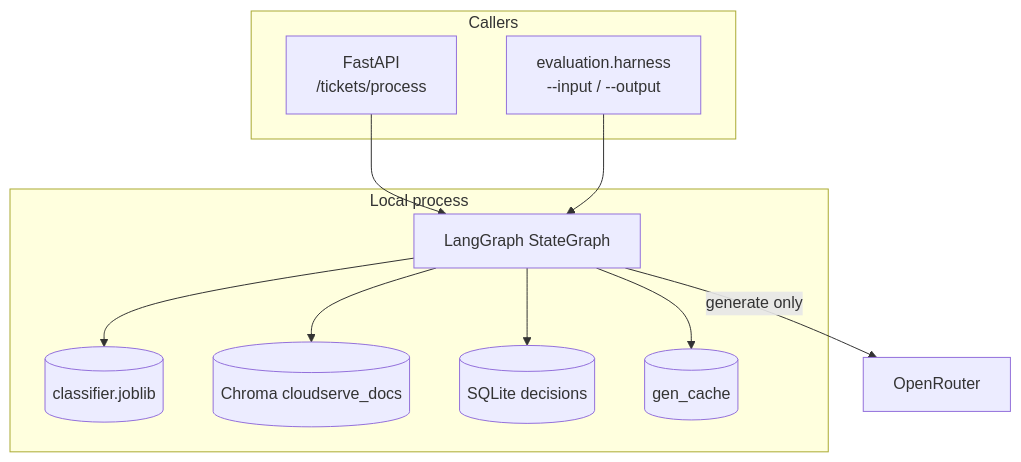
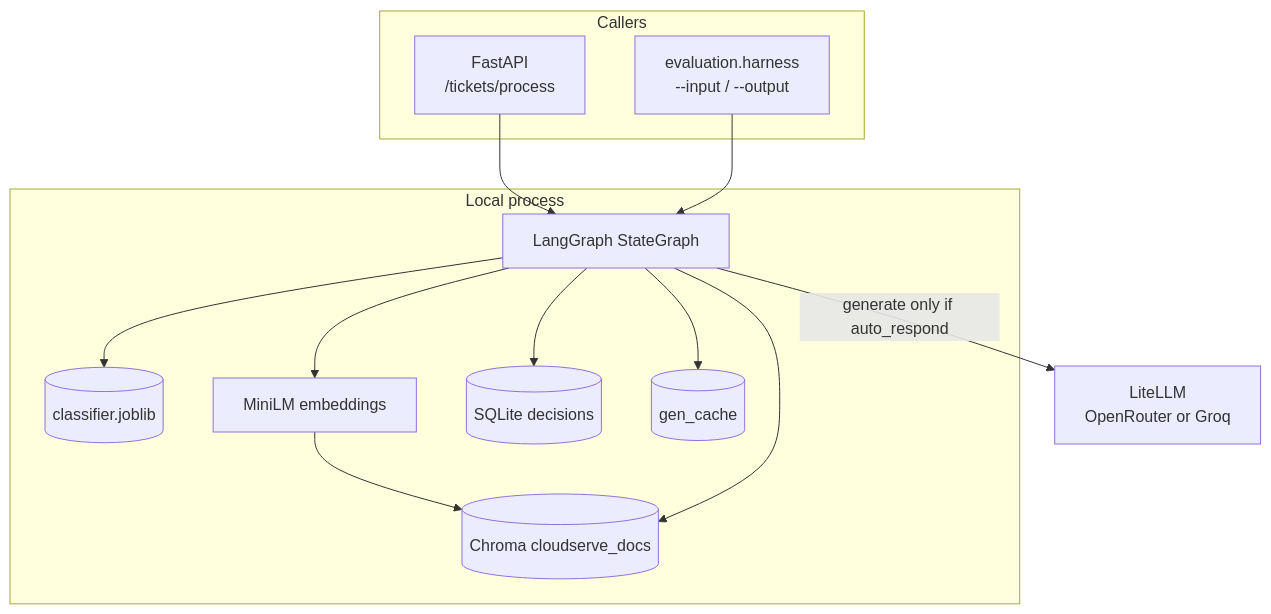
Before and after one commit to learningsam20/cloudserve-assist: the second of 6 diagrams in docs/design/architecture/data-flow.md, drawn with Mermaid. The commit also changed other lines of this file and 24 other files, not shown here.

Commit message:
Updated generate support with groq

````diff
--- a/docs/design/architecture/data-flow.md
+++ b/docs/design/architecture/data-flow.md
@@ -26,22 +26,25 @@
 ```mermaid
 flowchart TB
   subgraph clients [Callers]
     API[FastAPI<br/>/tickets/process]
     HAR[evaluation.harness<br/>--input / --output]
   end
   subgraph local [Local process]
     G[LangGraph StateGraph]
     CLF[(classifier.joblib)]
     CH[(Chroma cloudserve_docs)]
+    EMB[MiniLM embeddings]
     DB[(SQLite decisions)]
     CACHE[(gen_cache)]
   end
-  OR[OpenRouter]
+  LLM[LiteLLM<br/>OpenRouter or Groq]
   API --> G
   HAR --> G
   G --> CLF
+  G --> EMB
+  EMB --> CH
   G --> CH
   G --> DB
   G --> CACHE
-  G -->|generate only| OR
+  G -->|generate only if auto_respond| LLM
 ```
````
